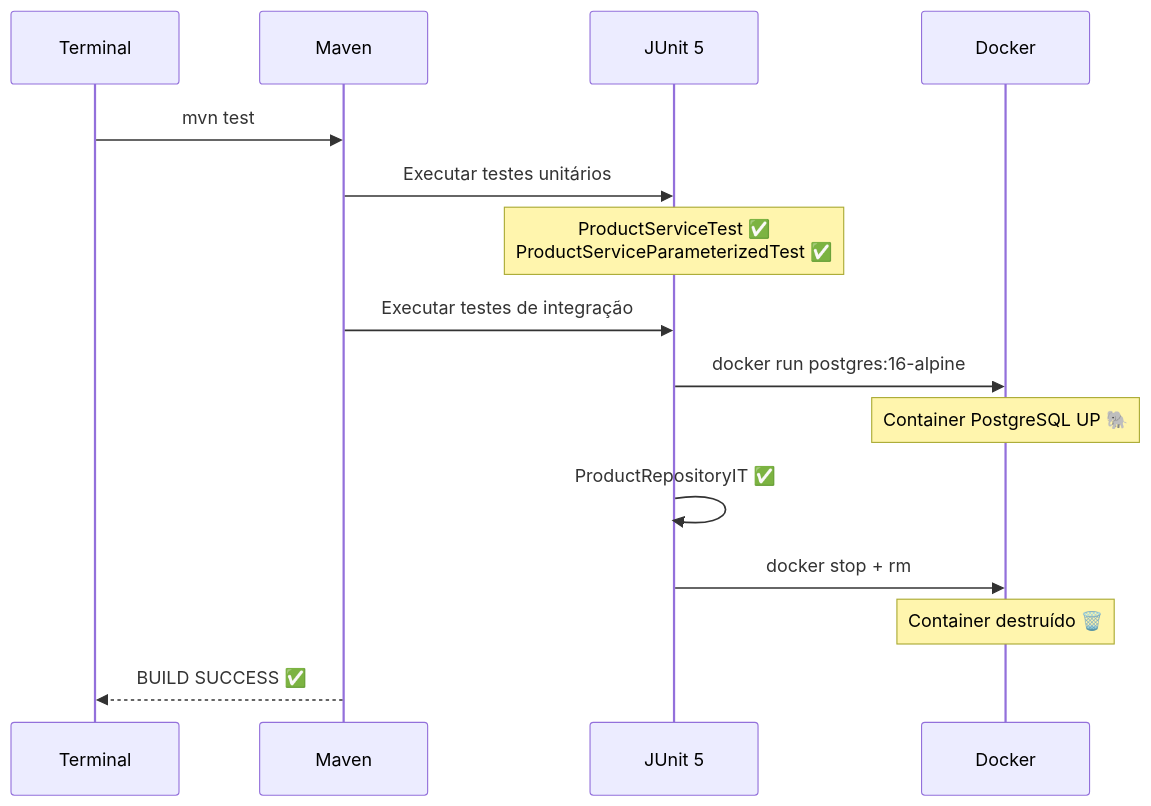
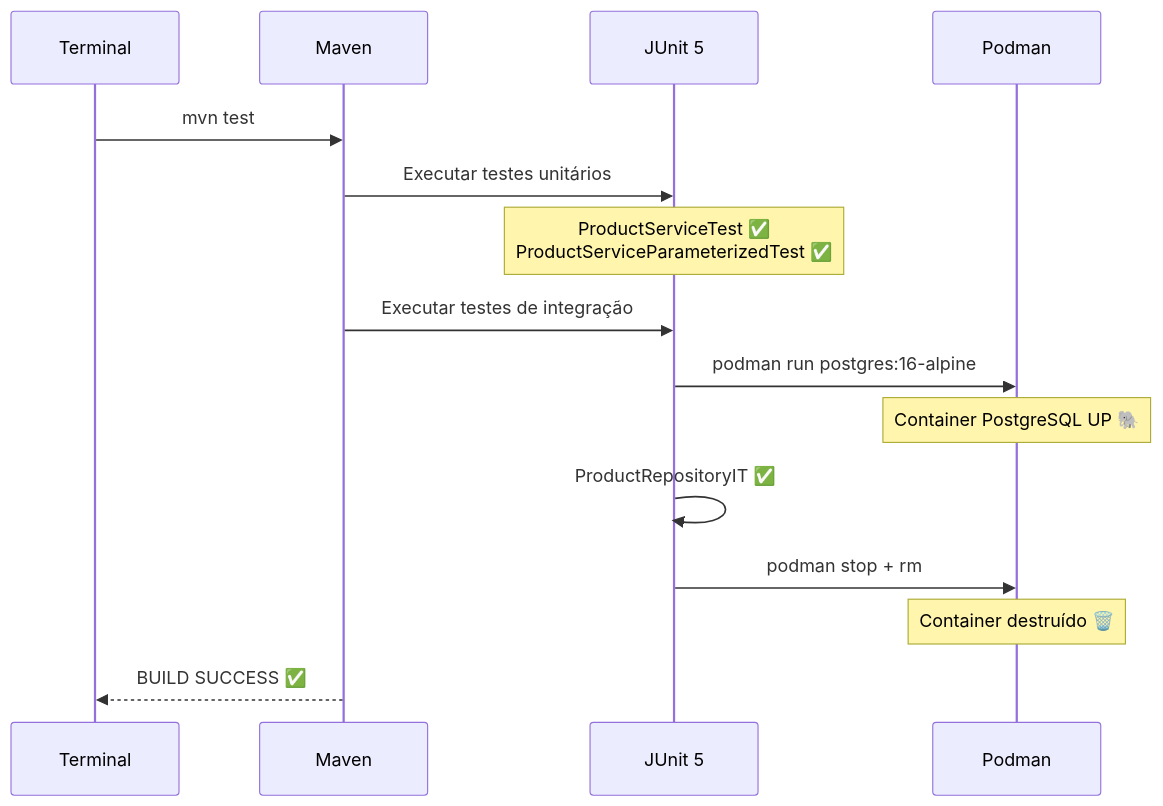
The third of 14 diagrams in dia-04/slide-09.md (deusemarjunior/trein-java-intermed), drawn with Mermaid before and after one commit. The commit also changed other lines of this file and 100 other files, not shown here.

Commit message:
removendo docker adicionando podman

````diff
--- a/dia-04/slide-09.md
+++ b/dia-04/slide-09.md
@@ -126,18 +126,18 @@
 ```mermaid
 sequenceDiagram
     participant DEV as Terminal
     participant MVN as Maven
     participant JU as JUnit 5
-    participant D as Docker
+    participant D as Podman
 
     DEV->>MVN: mvn test
     MVN->>JU: Executar testes unitários
     Note over JU: ProductServiceTest ✅<br/>ProductServiceParameterizedTest ✅
     MVN->>JU: Executar testes de integração
-    JU->>D: docker run postgres:16-alpine
+    JU->>D: podman run postgres:16-alpine
     Note over D: Container PostgreSQL UP 🐘
     JU->>JU: ProductRepositoryIT ✅
-    JU->>D: docker stop + rm
+    JU->>D: podman stop + rm
     Note over D: Container destruído 🗑️
     MVN-->>DEV: BUILD SUCCESS ✅
 ```
````
